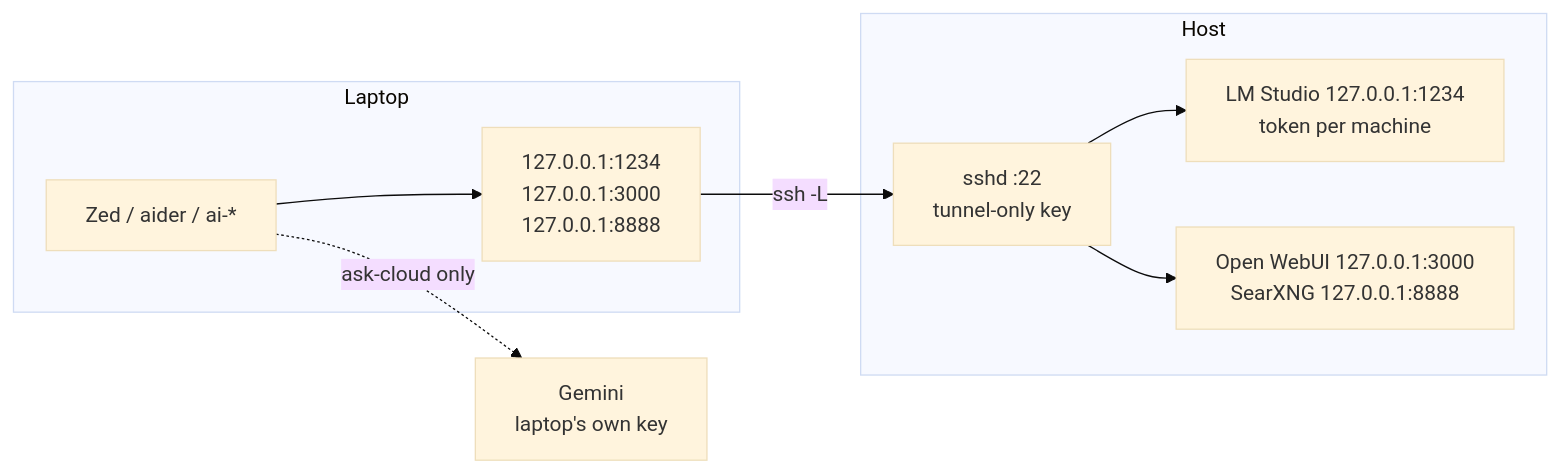
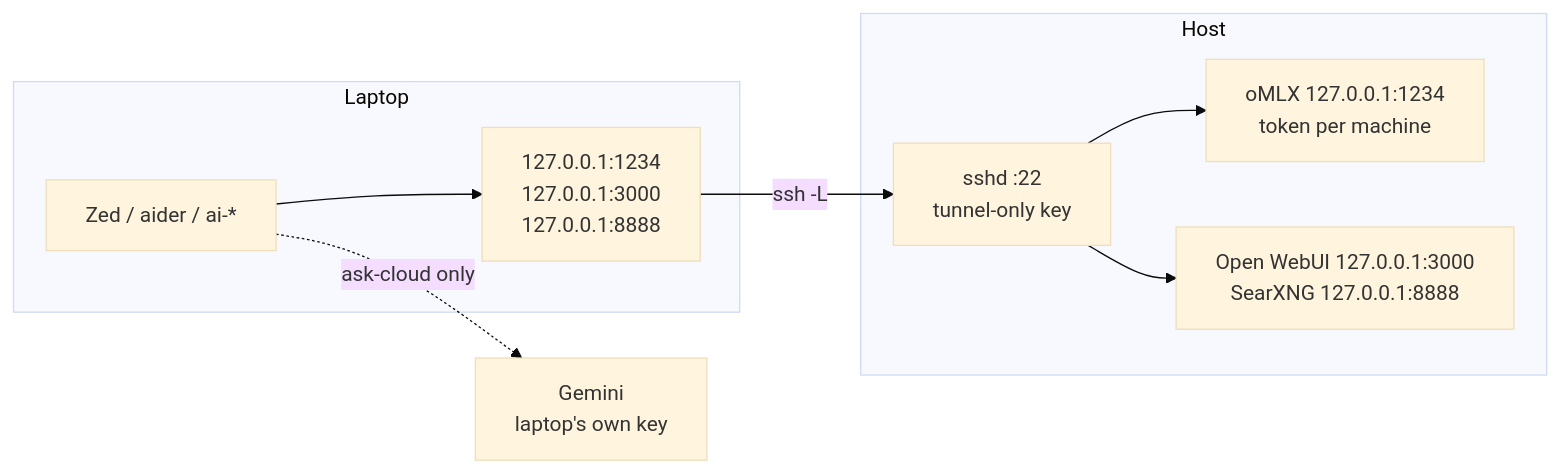
Before and after one commit to ouster/hearth: the diagram in docs/LAPTOP.md, drawn with Mermaid (base theme). The commit also changed other lines of this file and 31 other files, not shown here.

````diff
--- a/docs/LAPTOP.md
+++ b/docs/LAPTOP.md
@@ -8,18 +8,18 @@
 ```mermaid
 flowchart LR
     subgraph laptop["Laptop"]
         lz["Zed / aider / ai-*"]
         lp["127.0.0.1:1234<br/>127.0.0.1:3000<br/>127.0.0.1:8888"]
     end
     subgraph host["Host"]
         sshd["sshd :22<br/>tunnel-only key"]
-        lms["LM Studio 127.0.0.1:1234<br/>token per machine"]
+        srv["oMLX 127.0.0.1:1234<br/>token per machine"]
         webui["Open WebUI 127.0.0.1:3000<br/>SearXNG 127.0.0.1:8888"]
     end
     gem["Gemini<br/>laptop's own key"]
     lz --> lp
     lp -->|"ssh -L"| sshd
-    sshd --> lms
+    sshd --> srv
     sshd --> webui
     lz -.->|"ask-cloud only"| gem
 ```
````
